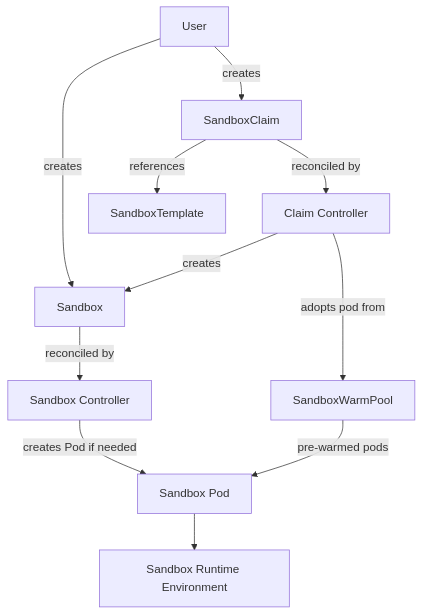
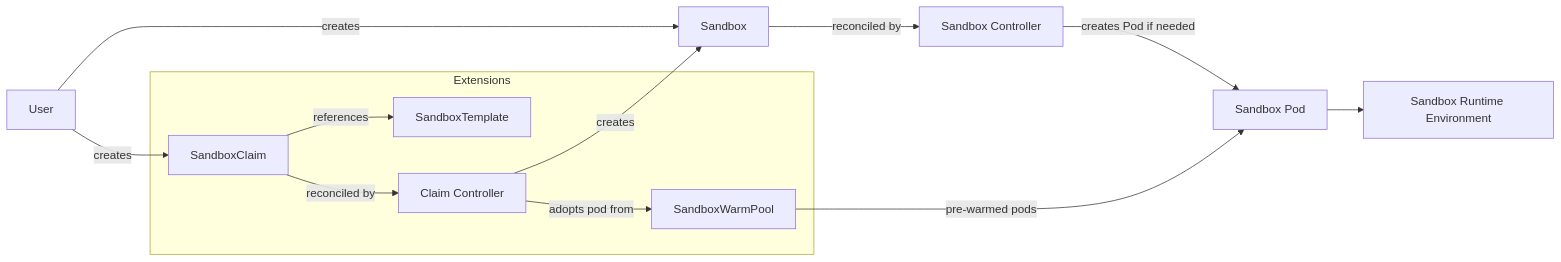
The diagram in README.md (kubernetes-sigs/agent-sandbox), drawn with Mermaid before and after one commit.

Commit message:
Highlight extensions in architecture diagram

````diff
--- a/README.md
+++ b/README.md
@@ -46,37 +46,44 @@
 ```mermaid
-flowchart TB
+flowchart LR
 
     User[User]
 
     Claim[SandboxClaim]
     Template[SandboxTemplate]
     Sandbox[Sandbox]
 
     ClaimController[Claim Controller]
     Controller[Sandbox Controller]
 
     Pod[Sandbox Pod]
     Runtime[Sandbox Runtime Environment]
 
     WarmPool[SandboxWarmPool]
+
+    subgraph Extensions[Extensions]
+        Claim[SandboxClaim]
+        Template[SandboxTemplate]
+        ClaimController[Claim Controller]
+        WarmPool[SandboxWarmPool]
+    end
 
     %% User paths
     User -->|creates| Sandbox
     User -->|creates| Claim
 
     %% Claim workflow
     Claim -->|references| Template
     Claim -->|reconciled by| ClaimController
     ClaimController -->|creates| Sandbox
 
     %% Pod handling
     ClaimController -->|adopts pod from| WarmPool
     Sandbox -->|reconciled by| Controller
     Controller -->|creates Pod if needed| Pod
 
     %% Runtime
     Pod --> Runtime
 
     %% Warm pool
     WarmPool -->|pre-warmed pods| Pod
 ```
````
